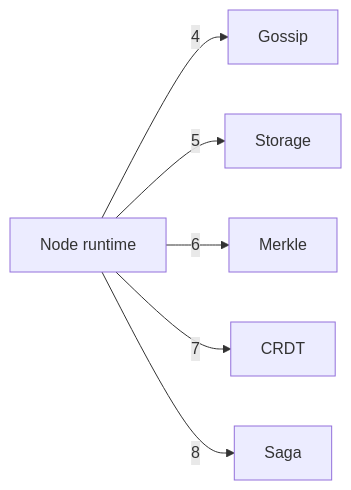
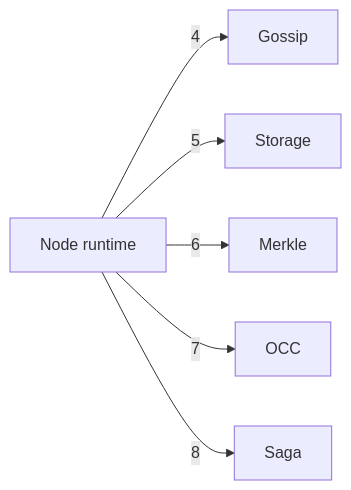
One commit to nickstrad/decentralized-object-store changed the diagram in docs/c4/diagrams/03-container-runtime-b.mmd. Above: the diagram before and after it, drawn with Mermaid. The commit also changed 26 other files, not shown here.

```diff
--- a/docs/c4/diagrams/03-container-runtime-b.mmd
+++ b/docs/c4/diagrams/03-container-runtime-b.mmd
@@ -1,7 +1,7 @@
 %% draw-visual: -x 4 -y 1 -p 0
 graph LR
   NODE[Node runtime] -->|4| GOSSIP[Gossip]
   NODE -->|5| STORAGE[Storage]
   NODE -->|6| MERKLE[Merkle]
-  NODE -->|7| CRDT[CRDT]
+  NODE -->|7| OCC[OCC]
   NODE -->|8| SAGA[Saga]
```
